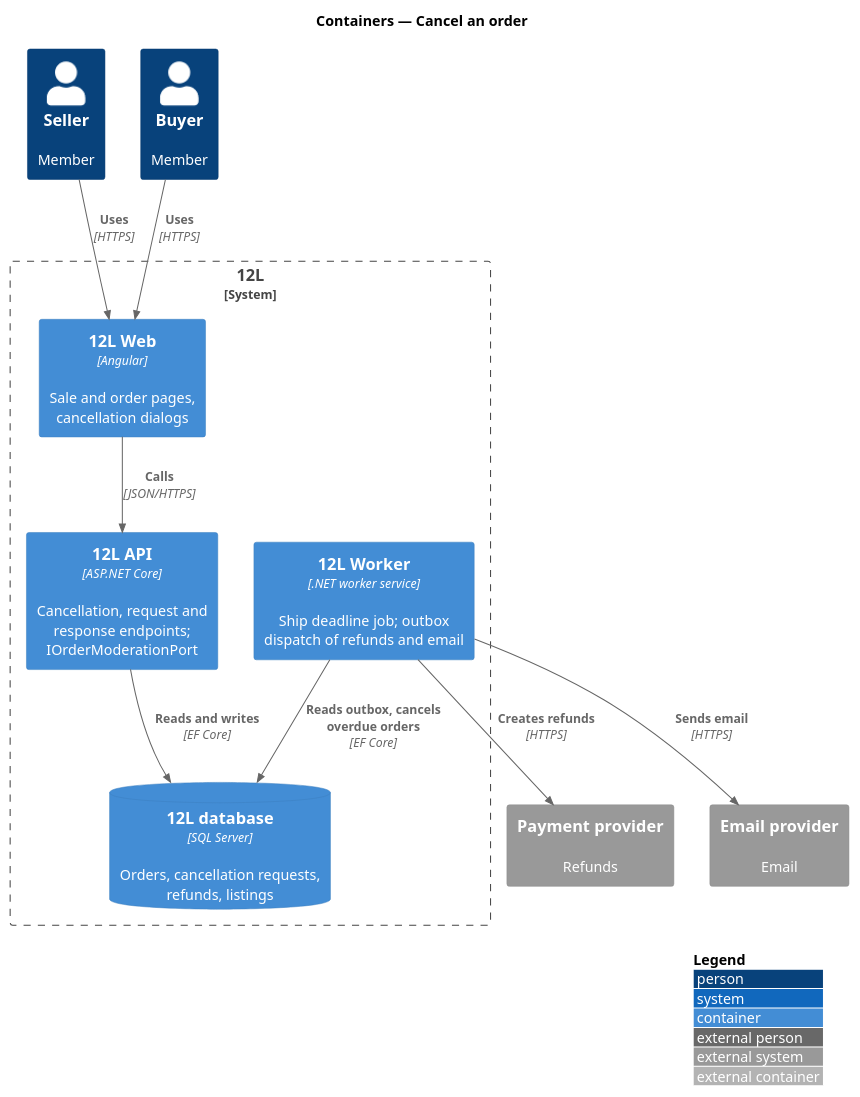
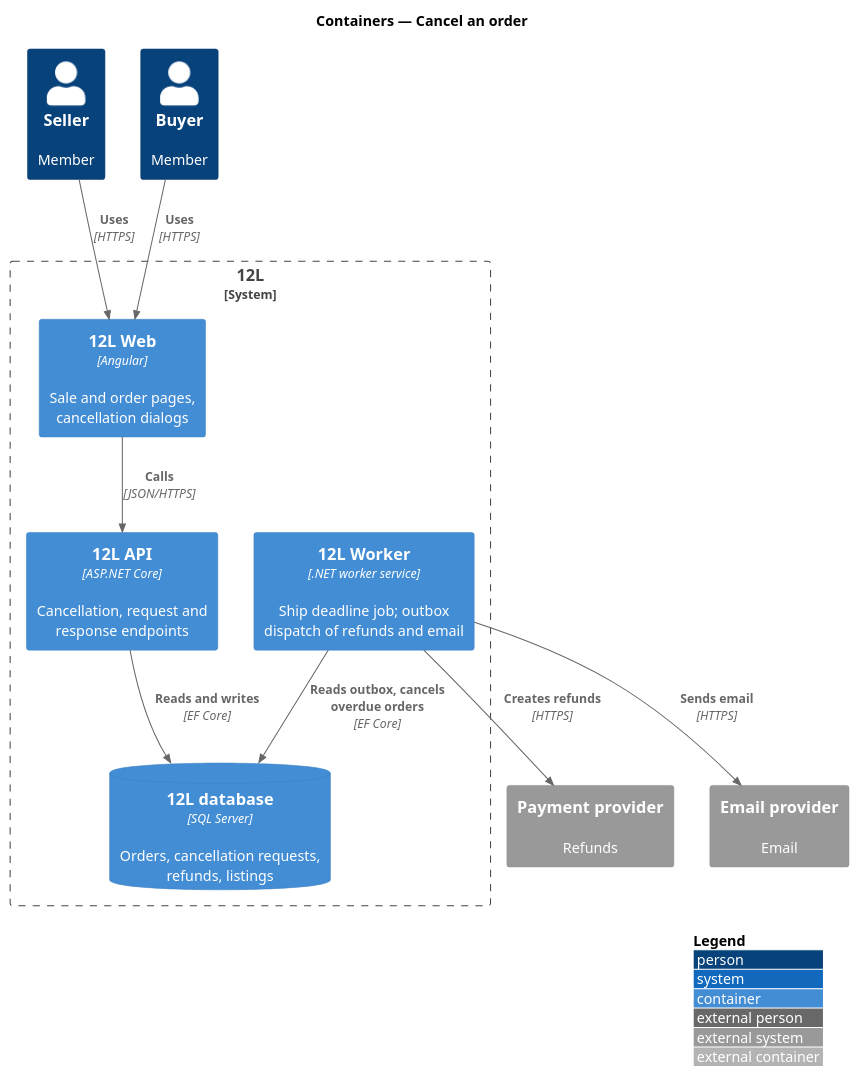
The diagram in docs/detailed-designs/orders/cancel-order/diagrams/c4-container.puml (QuinntyneBrown/12l), drawn with PlantUML before and after one commit. The commit also changed 379 other files, not shown here.

```diff
--- a/docs/detailed-designs/orders/cancel-order/diagrams/c4-container.puml
+++ b/docs/detailed-designs/orders/cancel-order/diagrams/c4-container.puml
@@ -1,23 +1,23 @@
 @startuml
 !include <C4/C4_Container>
 LAYOUT_WITH_LEGEND()
 title Containers — Cancel an order
 
 Person(seller, "Seller", "Member")
 Person(buyer, "Buyer", "Member")
 System_Boundary(twelvel, "12L") {
   Container(web, "12L Web", "Angular", "Sale and order pages, cancellation dialogs")
-  Container(api, "12L API", "ASP.NET Core", "Cancellation, request and response endpoints; IOrderModerationPort")
+  Container(api, "12L API", "ASP.NET Core", "Cancellation, request and response endpoints")
   Container(worker, "12L Worker", ".NET worker service", "Ship deadline job; outbox dispatch of refunds and email")
   ContainerDb(db, "12L database", "SQL Server", "Orders, cancellation requests, refunds, listings")
 }
 System_Ext(pay, "Payment provider", "Refunds")
 System_Ext(email, "Email provider", "Email")
 Rel(seller, web, "Uses", "HTTPS")
 Rel(buyer, web, "Uses", "HTTPS")
 Rel(web, api, "Calls", "JSON/HTTPS")
 Rel(api, db, "Reads and writes", "EF Core")
 Rel(worker, db, "Reads outbox, cancels overdue orders", "EF Core")
 Rel(worker, pay, "Creates refunds", "HTTPS")
 Rel(worker, email, "Sends email", "HTTPS")
 @enduml
```
